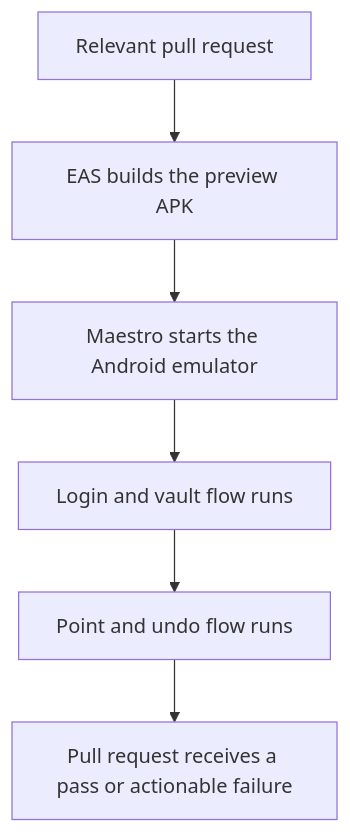
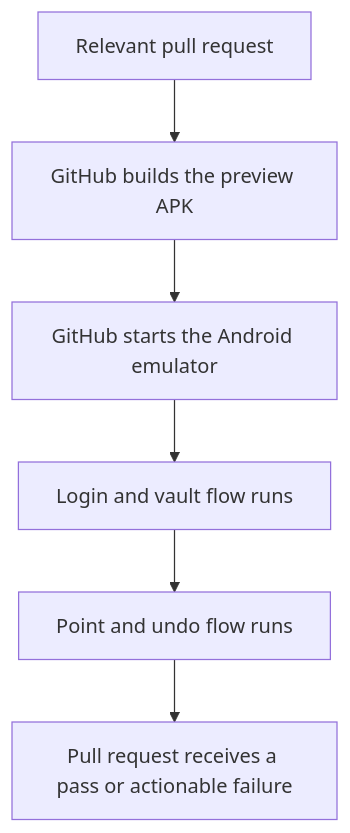
The first of 2 diagrams in aidd_docs/tasks/2026_08/2026_08_16_audit/phase-4.md (neogenz/pulpe), drawn with Mermaid before and after one commit. The commit also changed other lines of this file and 8 other files, not shown here.

Commit message:
ci(android): run Maestro smoke in GitHub Actions

````diff
--- a/aidd_docs/tasks/2026_08/2026_08_16_audit/phase-4.md
+++ b/aidd_docs/tasks/2026_08/2026_08_16_audit/phase-4.md
@@ -26,8 +27,8 @@
 ```mermaid
 flowchart TD
-  A[Relevant pull request] --> B[EAS builds the preview APK]
-  B --> C[Maestro starts the Android emulator]
+  A[Relevant pull request] --> B[GitHub builds the preview APK]
+  B --> C[GitHub starts the Android emulator]
   C --> D[Login and vault flow runs]
   D --> E[Point and undo flow runs]
   E --> F[Pull request receives a pass or actionable failure]
 ```
````
